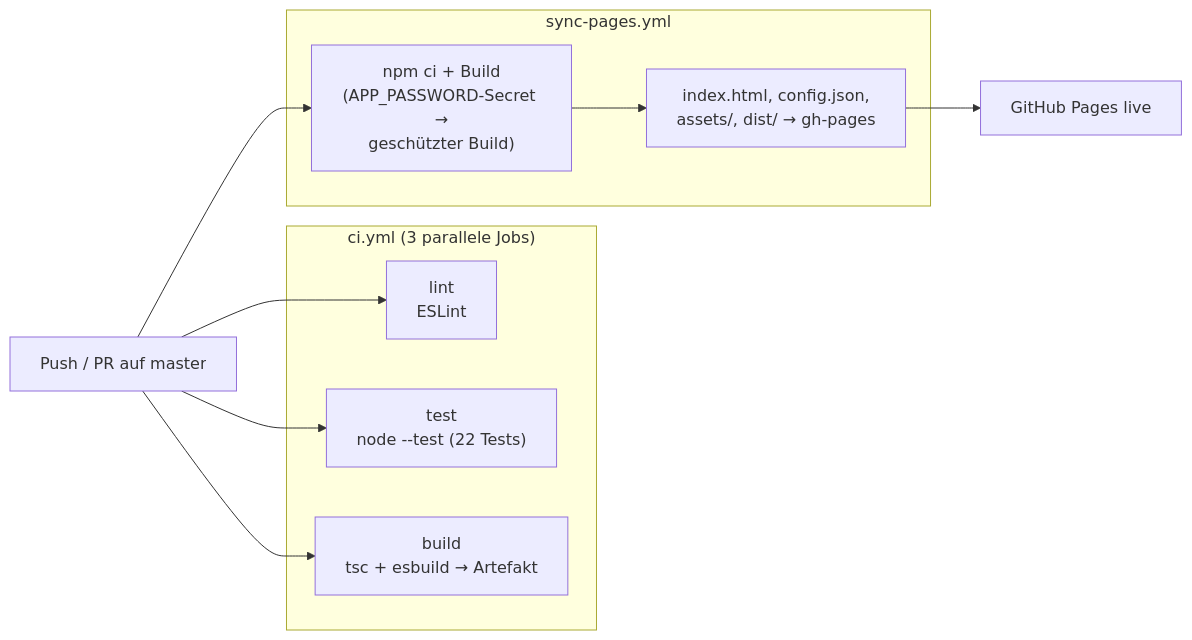
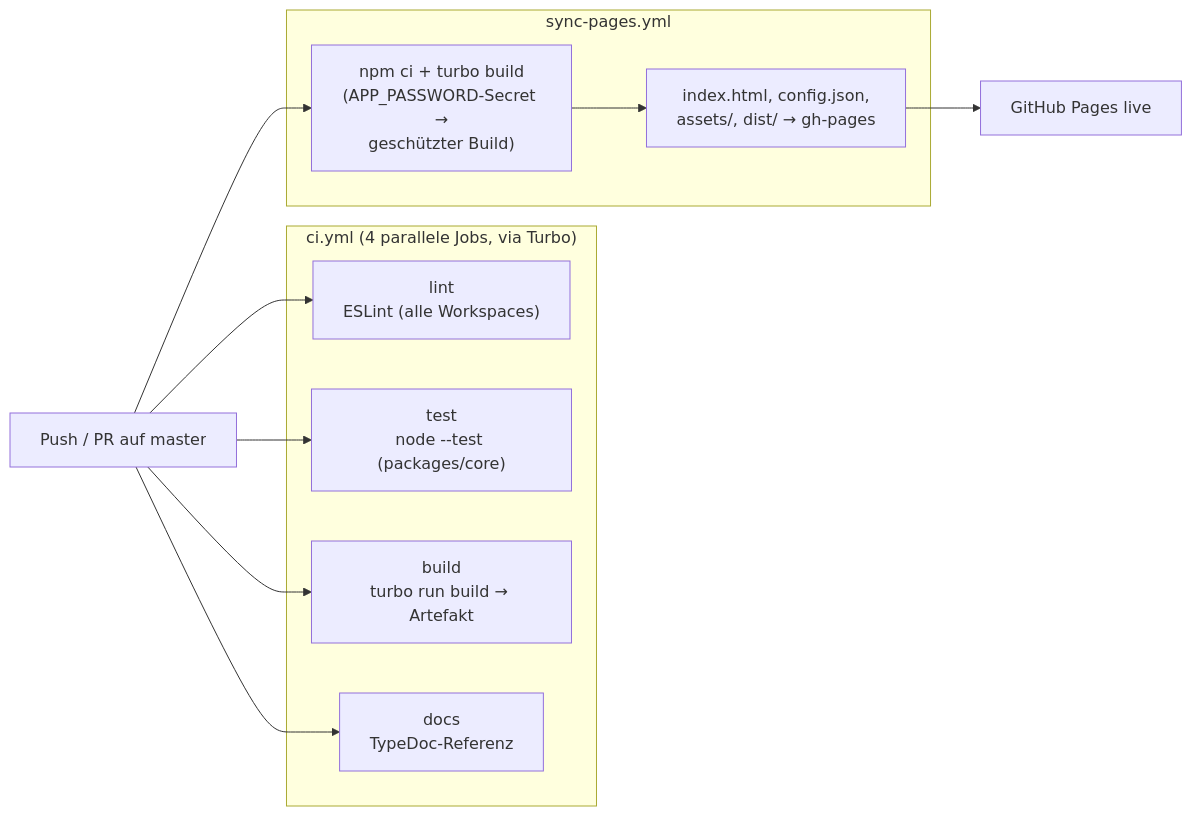
One commit to MaxHambi/Lager-etiket changed the fifth of 5 diagrams in docs/ARCHITECTURE.md. Above: the diagram before and after it, drawn with Mermaid. The commit also changed other lines of this file and 77 other files, not shown here.

First line of the commit message:
Monorepo-Umbau: npm Workspaces + Turborepo

````diff
--- a/docs/ARCHITECTURE.md
+++ b/docs/ARCHITECTURE.md
@@ -236,15 +237,16 @@
 ```mermaid
 flowchart LR
     PUSH["Push / PR auf master"]
-    subgraph CI["ci.yml (3 parallele Jobs)"]
-        LINT["lint<br/>ESLint"]
-        TEST["test<br/>node --test (22 Tests)"]
-        BUILD["build<br/>tsc + esbuild → Artefakt"]
+    subgraph CI["ci.yml (4 parallele Jobs, via Turbo)"]
+        LINT["lint<br/>ESLint (alle Workspaces)"]
+        TEST["test<br/>node --test (packages/core)"]
+        BUILD["build<br/>turbo run build → Artefakt"]
+        DOCS["docs<br/>TypeDoc-Referenz"]
     end
     subgraph PAGES["sync-pages.yml"]
-        BUILDP["npm ci + Build<br/>(APP_PASSWORD-Secret →<br/>geschützter Build)"]
+        BUILDP["npm ci + turbo build<br/>(APP_PASSWORD-Secret →<br/>geschützter Build)"]
         SYNC["index.html, config.json,<br/>assets/, dist/ → gh-pages"]
     end
-    PUSH --> LINT & TEST & BUILD
+    PUSH --> LINT & TEST & BUILD & DOCS
     PUSH --> BUILDP --> SYNC --> LIVE["GitHub Pages live"]
 ```
````
